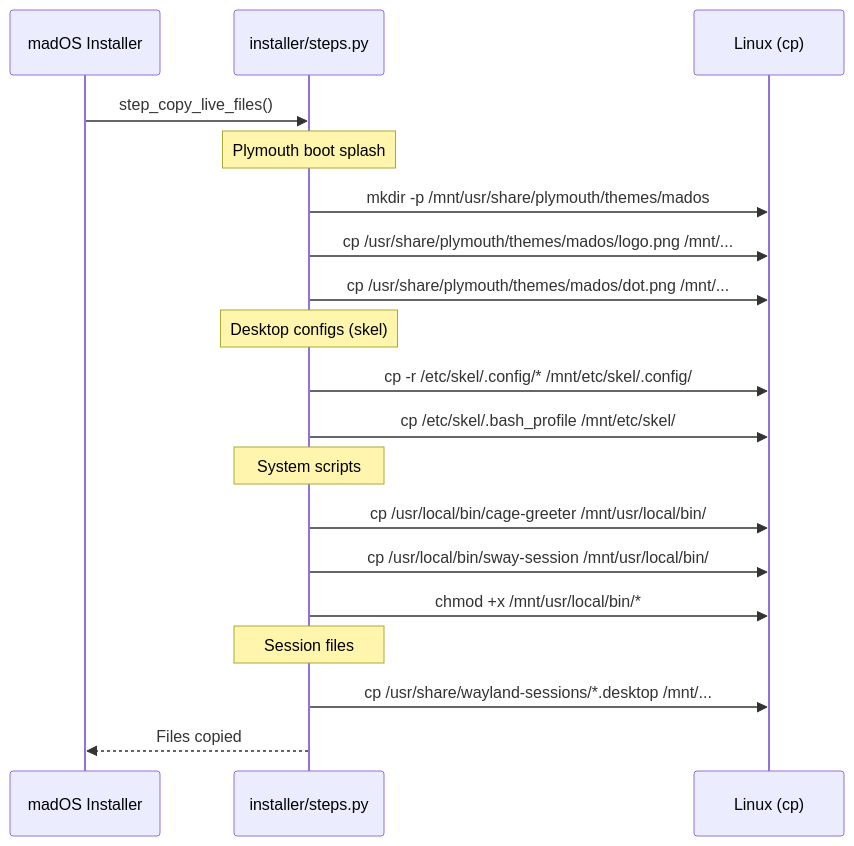
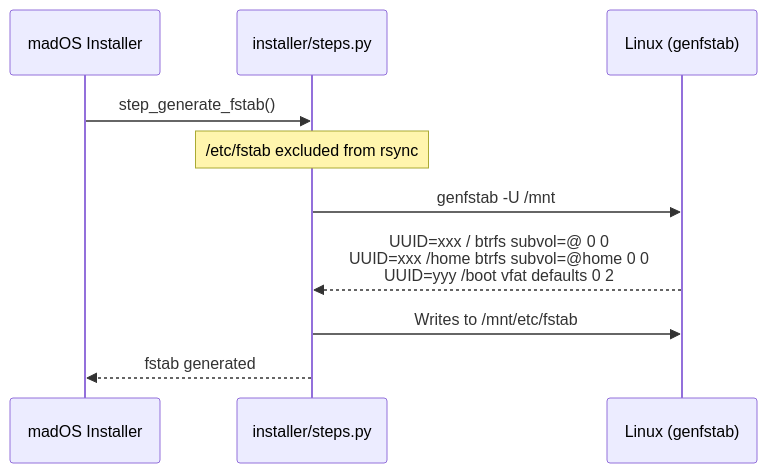
One commit to madoslinux/mados-installer changed the seventh of 13 diagrams in INSTALLATION_FLOW.md. Above: the diagram before and after it, drawn with Mermaid. The commit also changed other lines of this file and 3 other files, not shown here.

````diff
--- a/INSTALLATION_FLOW.md
+++ b/INSTALLATION_FLOW.md
@@ -128,27 +152,17 @@
 ```mermaid
 sequenceDiagram
     participant App as madOS Installer
     participant Steps as installer/steps.py
-    participant System as Linux (cp)
+    participant System as Linux (genfstab)
 
-    App->>Steps: step_copy_live_files()
+    App->>Steps: step_generate_fstab()
 
-    Note over Steps: Plymouth boot splash
-    Steps->>System: mkdir -p /mnt/usr/share/plymouth/themes/mados
-    Steps->>System: cp /usr/share/plymouth/themes/mados/logo.png /mnt/...
-    Steps->>System: cp /usr/share/plymouth/themes/mados/dot.png /mnt/...
+    Note over Steps: /etc/fstab excluded from rsync
 
-    Note over Steps: Desktop configs (skel)
-    Steps->>System: cp -r /etc/skel/.config/* /mnt/etc/skel/.config/
-    Steps->>System: cp /etc/skel/.bash_profile /mnt/etc/skel/
+    Steps->>System: genfstab -U /mnt
+    System-->>Steps: UUID=xxx / btrfs subvol=@ 0 0<br/>UUID=xxx /home btrfs subvol=@home 0 0<br/>UUID=yyy /boot vfat defaults 0 2
 
-    Note over Steps: System scripts
-    Steps->>System: cp /usr/local/bin/cage-greeter /mnt/usr/local/bin/
-    Steps->>System: cp /usr/local/bin/sway-session /mnt/usr/local/bin/
-    Steps->>System: chmod +x /mnt/usr/local/bin/*
+    Steps->>System: Writes to /mnt/etc/fstab
 
-    Note over Steps: Session files
-    Steps->>System: cp /usr/share/wayland-sessions/*.desktop /mnt/...
-
-    Steps-->>App: Files copied
+    Steps-->>App: fstab generated
 ```
````
